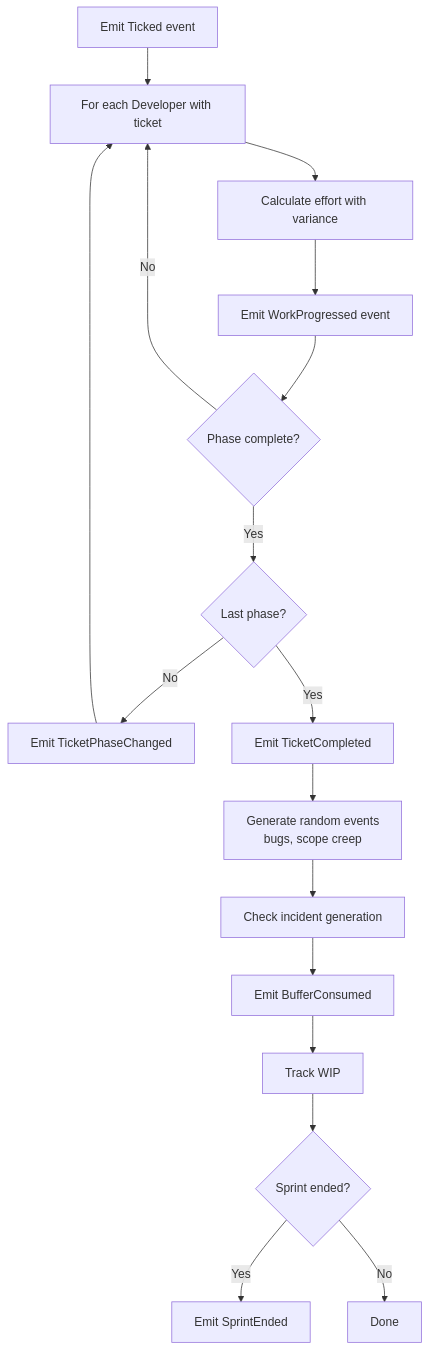
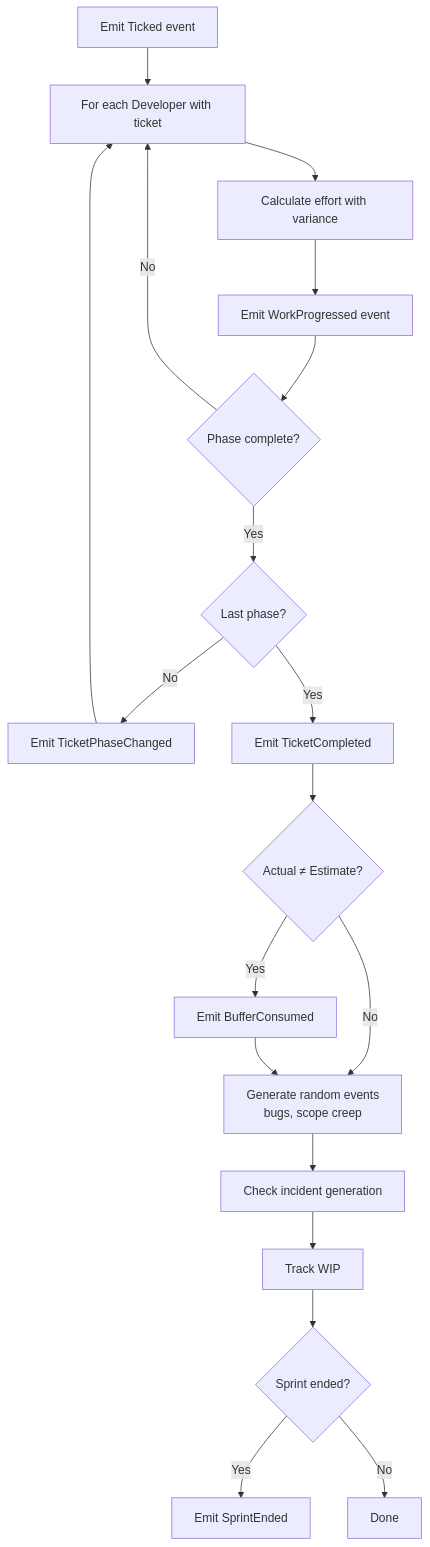
The fifth of 9 diagrams in docs/design.md (binaryphile/sofdevsim-2026), drawn with Mermaid before and after one commit. The commit also changed other lines of this file and 5 other files, not shown here.

````diff
--- a/docs/design.md
+++ b/docs/design.md
@@ -530,19 +608,21 @@
 ```mermaid
 flowchart TD
     A[Emit Ticked event] --> B[For each Developer with ticket]
     B --> C[Calculate effort with variance]
     C --> D[Emit WorkProgressed event]
     D --> E{Phase complete?}
     E -->|No| B
     E -->|Yes| F{Last phase?}
     F -->|No| G[Emit TicketPhaseChanged]
     G --> B
     F -->|Yes| H[Emit TicketCompleted]
-    H --> I[Generate random events<br/>bugs, scope creep]
+    H --> H1{Actual ≠ Estimate?}
+    H1 -->|Yes| H2[Emit BufferConsumed]
+    H1 -->|No| I
+    H2 --> I[Generate random events<br/>bugs, scope creep]
     I --> J[Check incident generation]
-    J --> K[Emit BufferConsumed]
-    K --> L[Track WIP]
+    J --> L[Track WIP]
     L --> M{Sprint ended?}
     M -->|Yes| N[Emit SprintEnded]
     M -->|No| O[Done]
 ```
````
